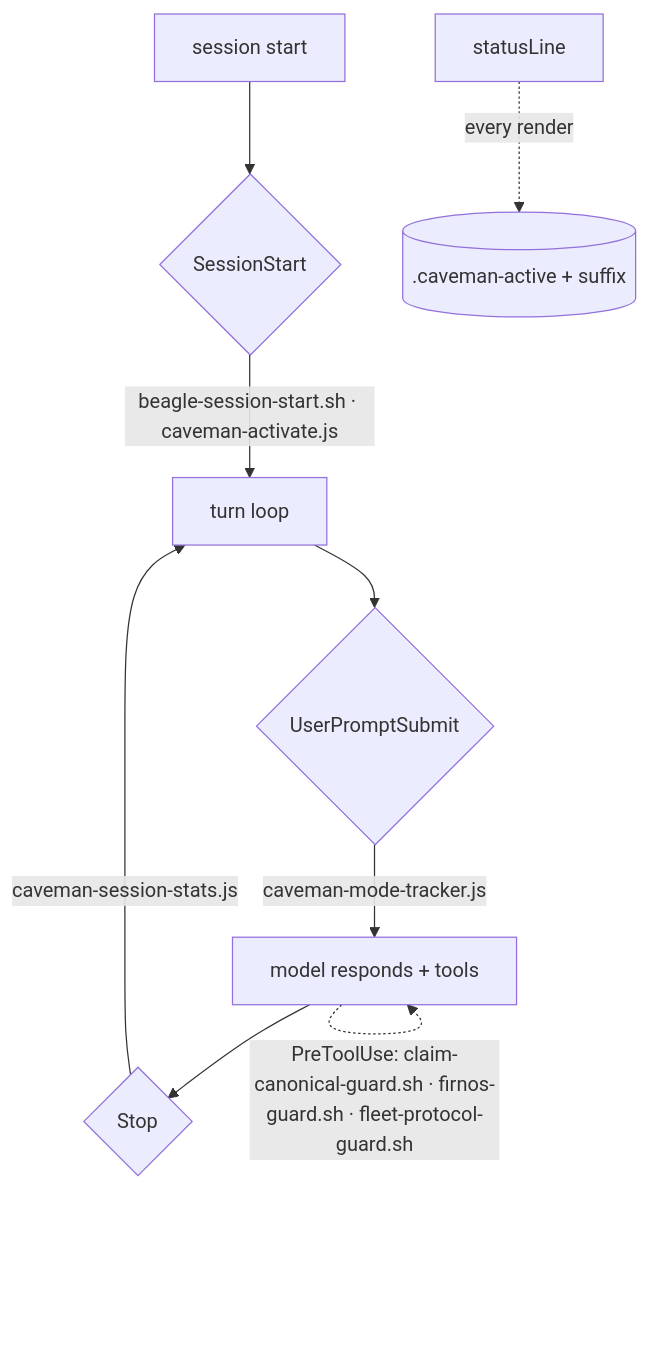
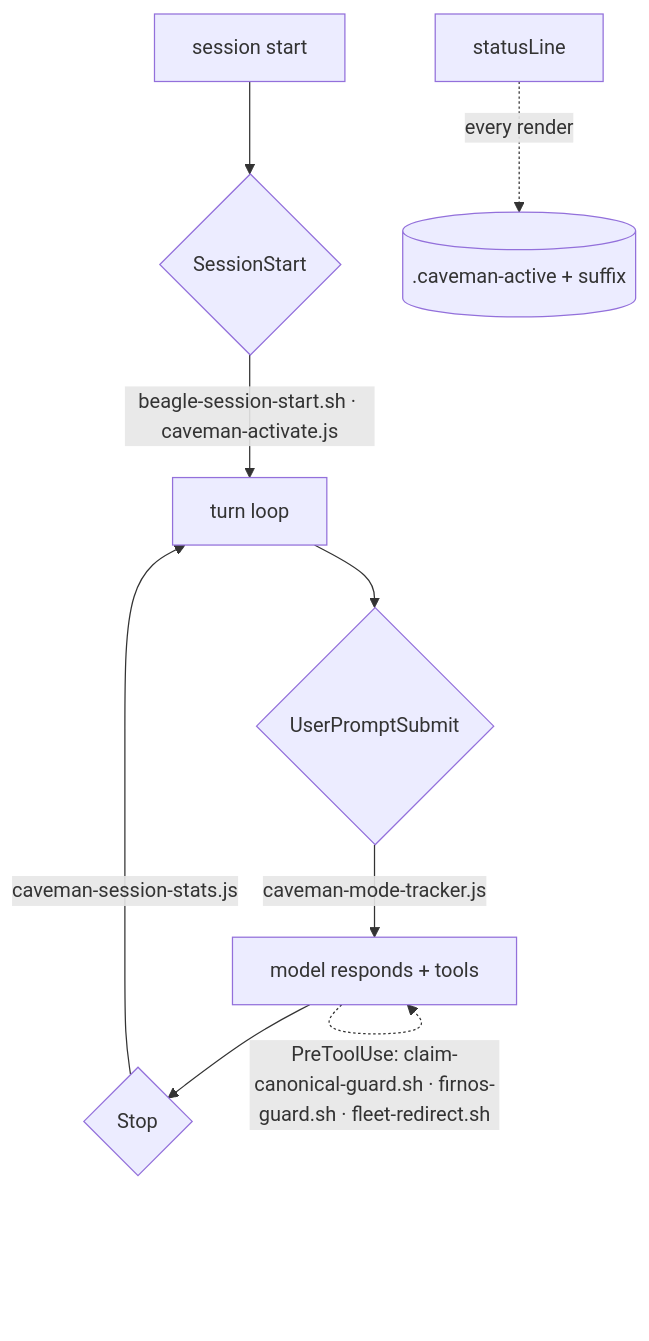
The diagram in docs/claude/02-local-map.md (tompassarelli/firn), drawn with Mermaid before and after one commit. The commit also changed other lines of this file and 11 other files, not shown here.

````diff
--- a/docs/claude/02-local-map.md
+++ b/docs/claude/02-local-map.md
@@ -48,11 +48,11 @@
 ```mermaid
 flowchart TD
   A[session start] --> B{SessionStart}
   B -->|"beagle-session-start.sh · caveman-activate.js"| C[turn loop]
   C --> D{UserPromptSubmit}
   D -->|"caveman-mode-tracker.js"| E["model responds + tools"]
-  E -.->|"PreToolUse: claim-canonical-guard.sh · firnos-guard.sh · fleet-protocol-guard.sh"| E
+  E -.->|"PreToolUse: claim-canonical-guard.sh · firnos-guard.sh · fleet-redirect.sh"| E
   E --> F{Stop}
   F -->|"caveman-session-stats.js"| C
   G[statusLine] -.->|"every render"| Hs[(".caveman-active + suffix")]
 ```
````
